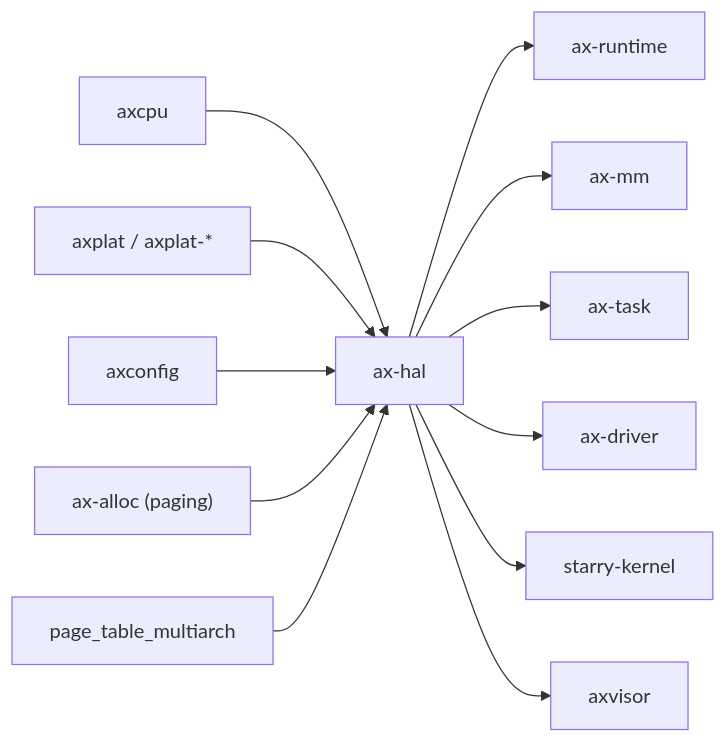
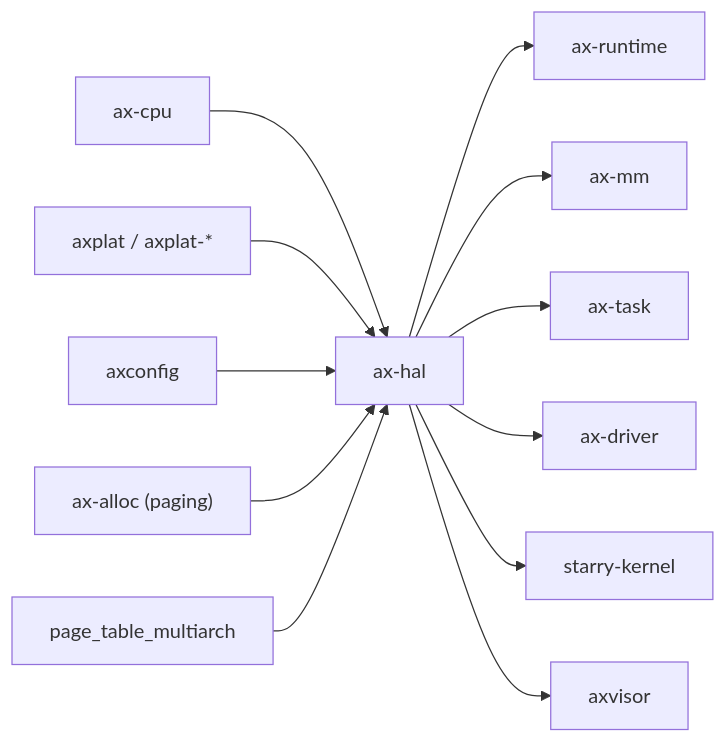
One commit to zKurisu/tgoskits changed the second of 2 diagrams in docs/crates/ax-hal.md. Above: the diagram before and after it, drawn with Mermaid. The commit also changed other lines of this file and 106 other files, not shown here.

Commit message:
rename axcpu to ax-cpu

````diff
--- a/docs/crates/ax-hal.md
+++ b/docs/crates/ax-hal.md
@@ -116,15 +116,15 @@
 ```mermaid
 graph LR
-    axcpu["axcpu"] --> ax-hal["ax-hal"]
+    ax-cpu["ax-cpu"] --> ax-hal["ax-hal"]
     axplat["axplat / axplat-*"] --> ax-hal
     axconfig["axconfig"] --> ax-hal
     ax-alloc["ax-alloc (paging)"] --> ax-hal
     page_table["page_table_multiarch"] --> ax-hal
 
     ax-hal --> ax-runtime["ax-runtime"]
     ax-hal --> ax-mm["ax-mm"]
     ax-hal --> ax-task["ax-task"]
     ax-hal --> ax-driver["ax-driver"]
     ax-hal --> starry["starry-kernel"]
     ax-hal --> axvisor["axvisor"]
 ```
````
